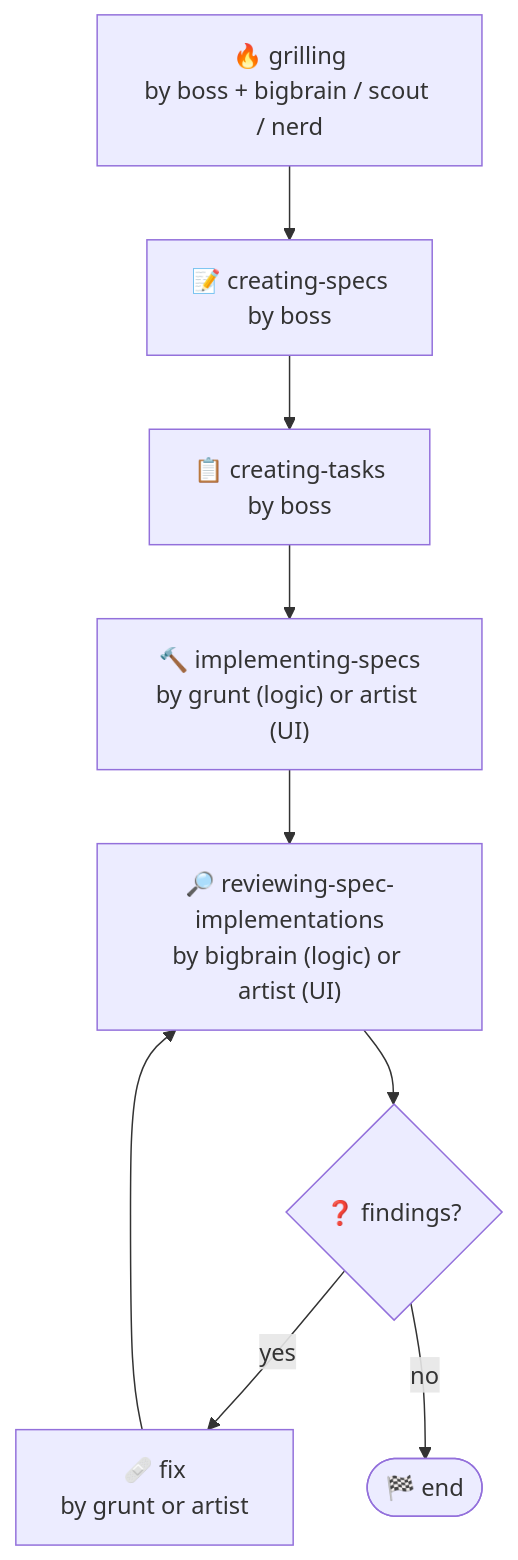
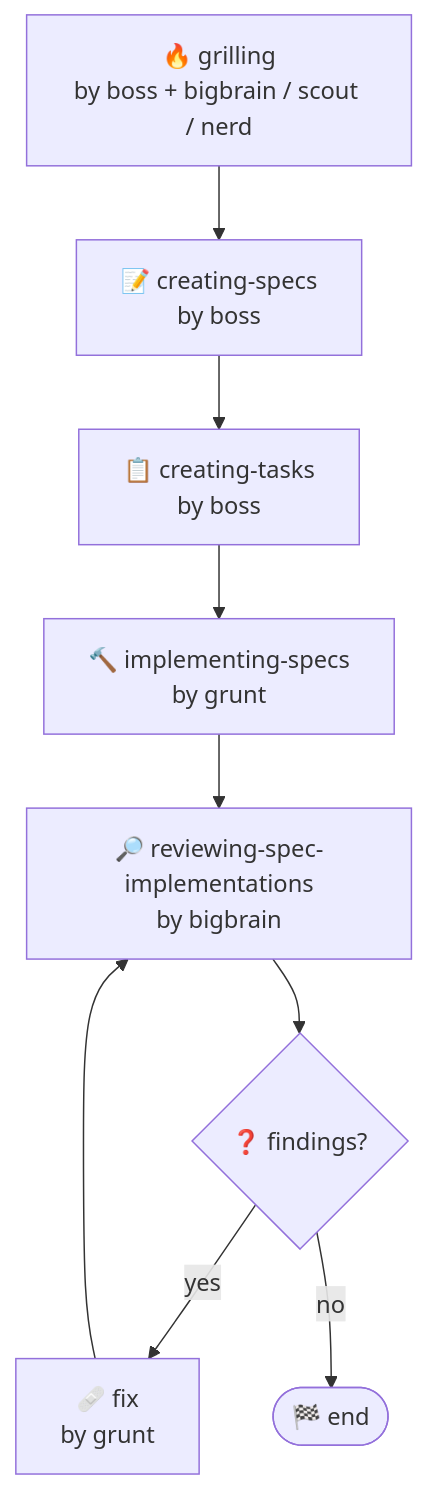
The second of 2 diagrams in README.md (supagetto/README.ai), drawn with Mermaid before and after one commit. The commit also changed other lines of this file and 5 other files, not shown here.

````diff
--- a/README.md
+++ b/README.md
@@ -53,11 +52,11 @@
 ```mermaid
 flowchart TD
     A["🔥 grilling<br/>by boss + bigbrain / scout / nerd"] --> B["📝 creating-specs<br/>by boss"]
     B --> C["📋 creating-tasks<br/>by boss"]
-    C --> D["🔨 implementing-specs<br/>by grunt (logic) or artist (UI)"]
-    D --> E["🔎 reviewing-spec-implementations<br/>by bigbrain (logic) or artist (UI)"]
+    C --> D["🔨 implementing-specs<br/>by grunt"]
+    D --> E["🔎 reviewing-spec-implementations<br/>by bigbrain"]
     E --> F{❓ findings?}
-    F -->|yes| G["🩹 fix<br/>by grunt or artist"]
+    F -->|yes| G["🩹 fix<br/>by grunt"]
     G --> E
     F -->|no| H(["🏁 end"])
 ```
````
